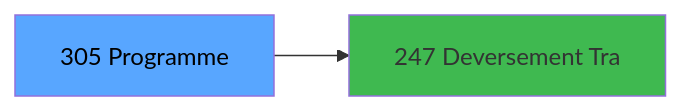
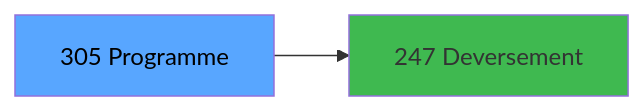
Before and after one commit to thonyAGP/magic-migration: the third of 3 diagrams in .openspec/specs/ADH-IDE-305.md, drawn with Mermaid. The commit also changed other lines of this file and 323 other files, not shown here.

````diff
--- a/.openspec/specs/ADH-IDE-305.md
+++ b/.openspec/specs/ADH-IDE-305.md
@@ -137,8 +144,8 @@
 ```mermaid
 graph LR
     T[305 Programme]
-    C247[247 Deversement Tra]
+    C247[247 Deversement ]
     T --> C247
     style T fill:#58a6ff,color:#000
     style C247 fill:#3fb950
 ```
````
